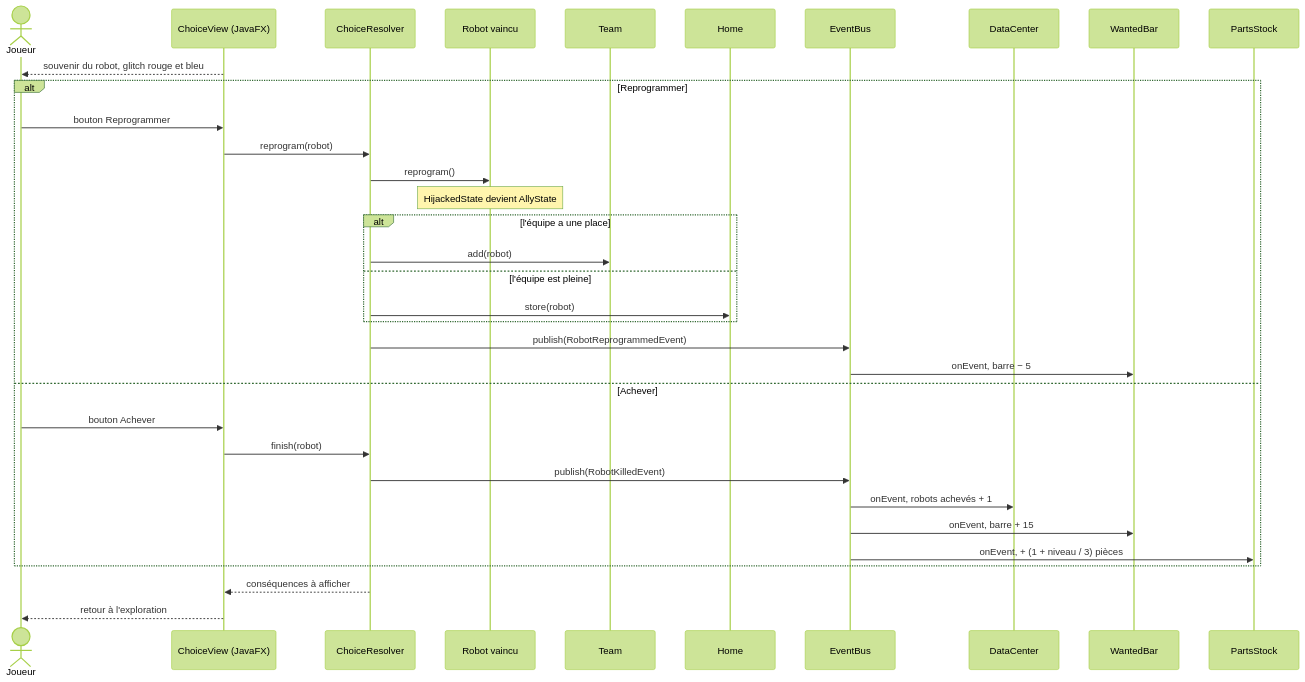
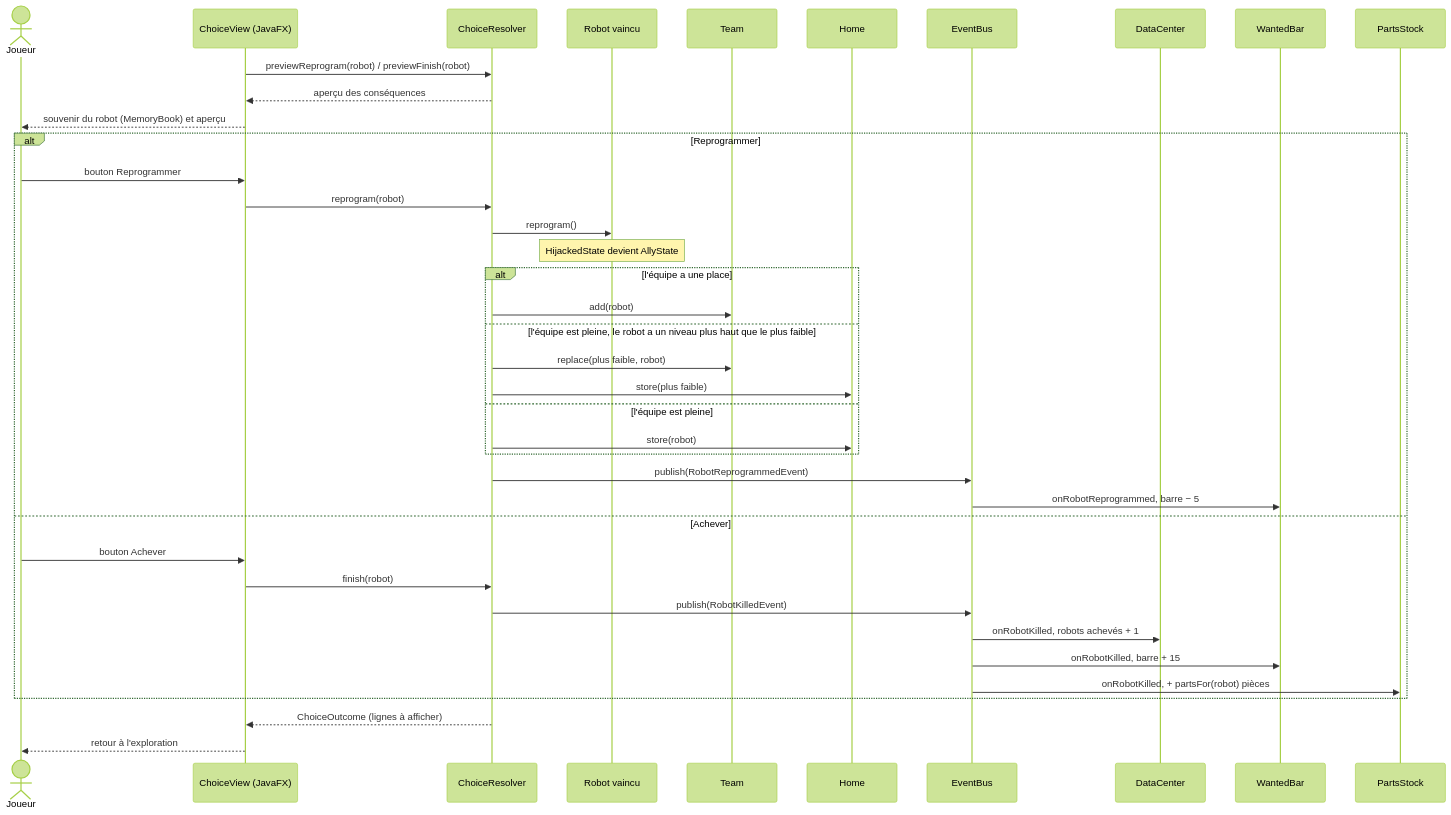
Before and after one commit to ValentinBassot/2D-Game: the tenth of 11 diagrams in docs/uml.md, drawn with Mermaid (forest theme). The commit also changed other lines of this file, not shown here.

Commit message:
docs(uml): sync the UML diagrams with the current code

````diff
--- a/docs/uml.md
+++ b/docs/uml.md
@@ -504,39 +815,44 @@
 ```mermaid
 sequenceDiagram
     actor Joueur
     participant Vue as ChoiceView (JavaFX)
     participant Choix as ChoiceResolver
     participant Robot as Robot vaincu
     participant Equipe as Team
     participant Home
     participant Bus as EventBus
     participant DC as DataCenter
     participant Barre as WantedBar
     participant Pieces as PartsStock
 
-    Vue-->>Joueur: souvenir du robot, glitch rouge et bleu
+    Vue->>Choix: previewReprogram(robot) / previewFinish(robot)
+    Choix-->>Vue: aperçu des conséquences
+    Vue-->>Joueur: souvenir du robot (MemoryBook) et aperçu
 
     alt Reprogrammer
         Joueur->>Vue: bouton Reprogrammer
         Vue->>Choix: reprogram(robot)
         Choix->>Robot: reprogram()
         Note over Robot: HijackedState devient AllyState
         alt l'équipe a une place
             Choix->>Equipe: add(robot)
+        else l'équipe est pleine, le robot a un niveau plus haut que le plus faible
+            Choix->>Equipe: replace(plus faible, robot)
+            Choix->>Home: store(plus faible)
         else l'équipe est pleine
             Choix->>Home: store(robot)
         end
         Choix->>Bus: publish(RobotReprogrammedEvent)
-        Bus->>Barre: onEvent, barre − 5
+        Bus->>Barre: onRobotReprogrammed, barre − 5
     else Achever
         Joueur->>Vue: bouton Achever
         Vue->>Choix: finish(robot)
         Choix->>Bus: publish(RobotKilledEvent)
-        Bus->>DC: onEvent, robots achevés + 1
-        Bus->>Barre: onEvent, barre + 15
-        Bus->>Pieces: onEvent, + (1 + niveau / 3) pièces
+        Bus->>DC: onRobotKilled, robots achevés + 1
+        Bus->>Barre: onRobotKilled, barre + 15
+        Bus->>Pieces: onRobotKilled, + partsFor(robot) pièces
     end
 
-    Choix-->>Vue: conséquences à afficher
+    Choix-->>Vue: ChoiceOutcome (lignes à afficher)
     Vue-->>Joueur: retour à l'exploration
 ```
````
